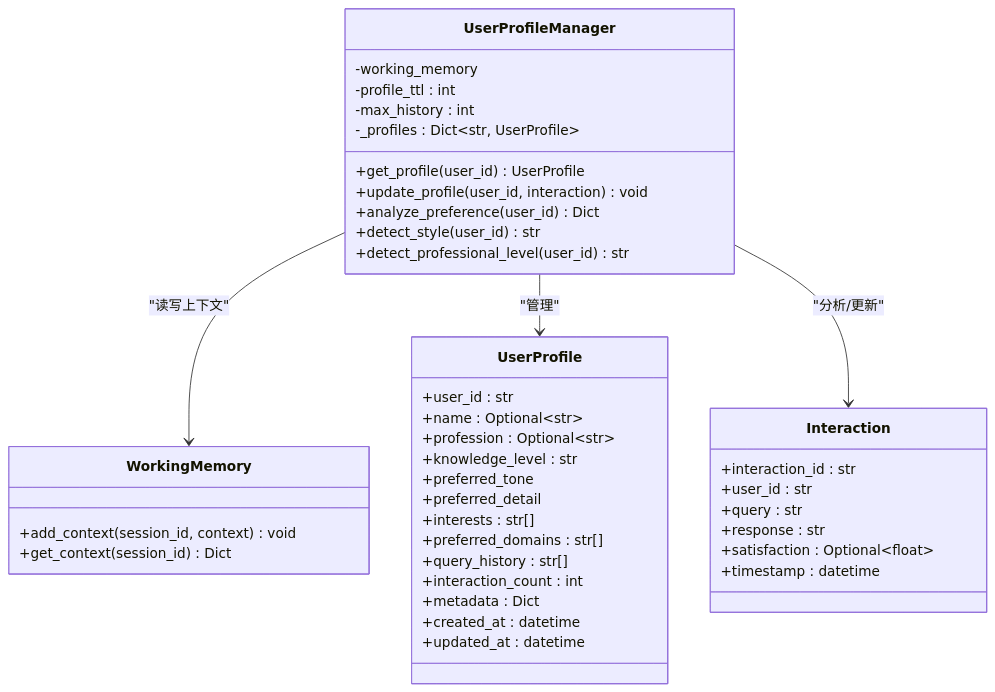
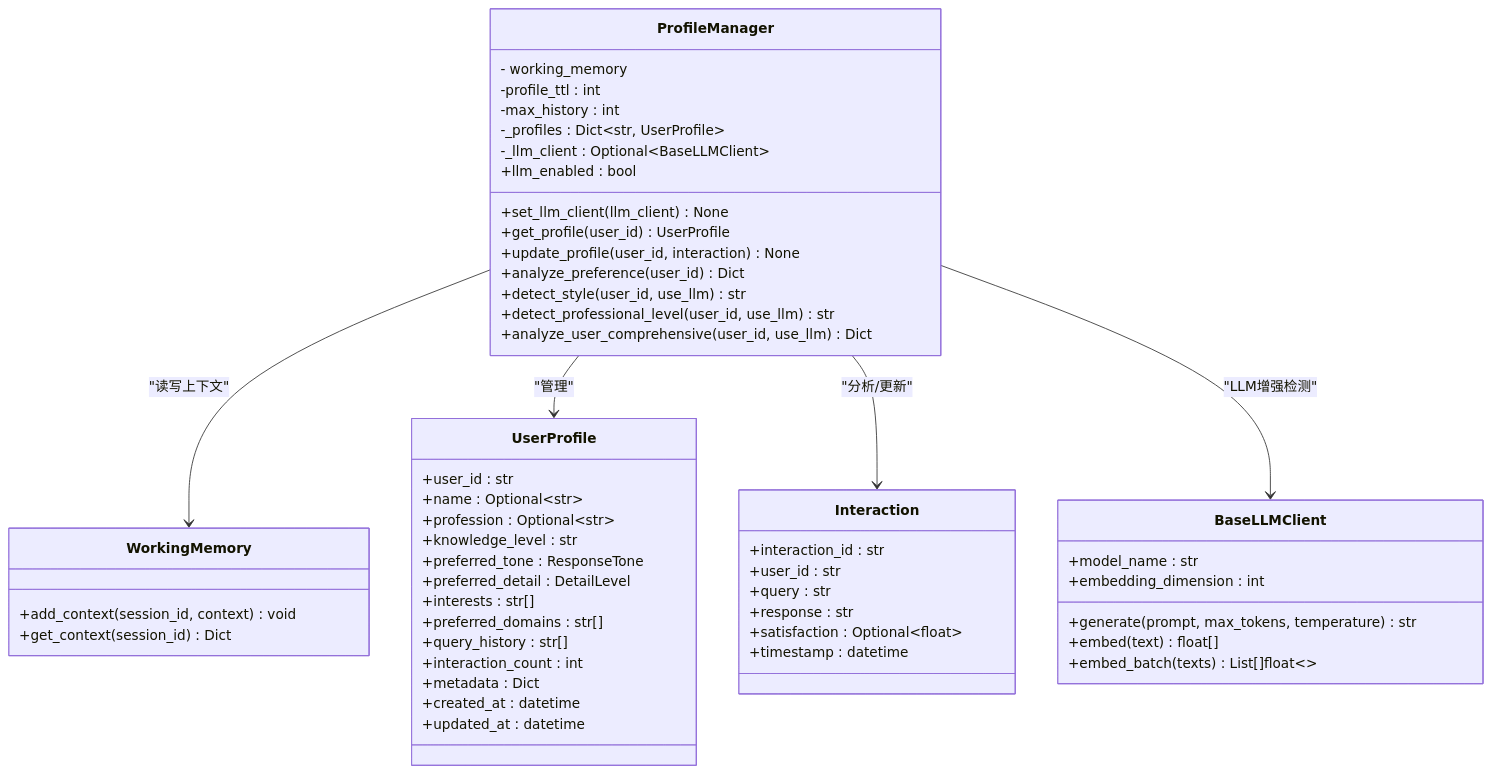
One commit to JieGaoPrinceton/NecoRAG changed the third of 6 diagrams in .qoder/repowiki/zh/content/交互层模块/用户画像管理.md. Above: the diagram before and after it, drawn with Mermaid. The commit also changed other lines of this file and 12 other files, not shown here.

````diff
--- a/.qoder/repowiki/zh/content/交互层模块/用户画像管理.md
+++ b/.qoder/repowiki/zh/content/交互层模块/用户画像管理.md
@@ -163,44 +202,56 @@
 ```mermaid
 classDiagram
-class UserProfileManager {
--working_memory
+class ProfileManager {
+- working_memory
 -profile_ttl : int
 -max_history : int
 -_profiles : Dict~str, UserProfile~
+-_llm_client : Optional~BaseLLMClient~
++llm_enabled : bool
++set_llm_client(llm_client) None
 +get_profile(user_id) UserProfile
-+update_profile(user_id, interaction) void
++update_profile(user_id, interaction) None
 +analyze_preference(user_id) Dict
-+detect_style(user_id) str
-+detect_professional_level(user_id) str
++detect_style(user_id, use_llm) str
++detect_professional_level(user_id, use_llm) str
++analyze_user_comprehensive(user_id, use_llm) Dict
 }
 class WorkingMemory {
 +add_context(session_id, context) void
 +get_context(session_id) Dict
 }
 class UserProfile {
 +user_id : str
 +name : Optional~str~
 +profession : Optional~str~
 +knowledge_level : str
-+preferred_tone
-+preferred_detail
++preferred_tone : ResponseTone
++preferred_detail : DetailLevel
 +interests : str[]
 +preferred_domains : str[]
 +query_history : str[]
 +interaction_count : int
 +metadata : Dict
 +created_at : datetime
 +updated_at : datetime
 }
 class Interaction {
 +interaction_id : str
 +user_id : str
 +query : str
 +response : str
 +satisfaction : Optional~float~
 +timestamp : datetime
 }
-UserProfileManager --> WorkingMemory : "读写上下文"
-UserProfileManager --> UserProfile : "管理"
-UserProfileManager --> Interaction : "分析/更新"
+class BaseLLMClient {
++generate(prompt, max_tokens, temperature) str
++embed(text) float[]
++embed_batch(texts) List[]float~~
++model_name : str
++embedding_dimension : int
+}
+ProfileManager --> WorkingMemory : "读写上下文"
+ProfileManager --> UserProfile : "管理"
+ProfileManager --> Interaction : "分析/更新"
+ProfileManager --> BaseLLMClient : "LLM增强检测"
 ```
````
